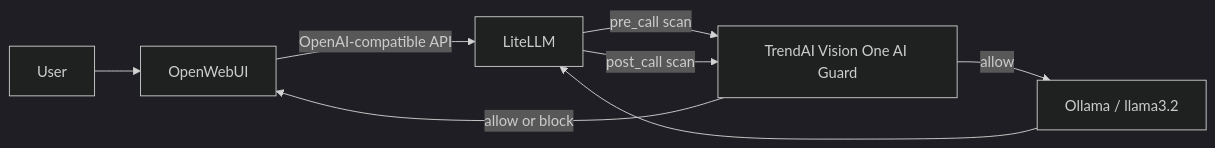
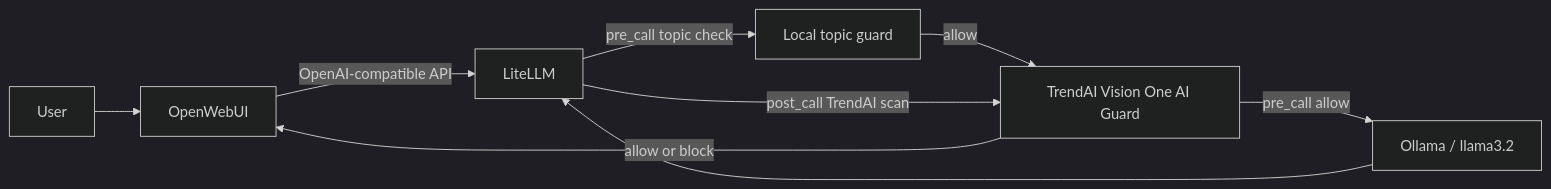
Before and after one commit to trend-stefano-olivieri/open-webui-tm-v1-ai-guard-litellm-plugin: the diagram in README.md, drawn with Mermaid (dark theme). The commit also changed other lines of this file and 16 other files, not shown here.

````diff
--- a/README.md
+++ b/README.md
@@ -11,10 +11,11 @@
 ```mermaid
 flowchart LR
     U[User] --> W[OpenWebUI]
     W -->|OpenAI-compatible API| L[LiteLLM]
-    L -->|pre_call scan| G[TrendAI Vision One AI Guard]
-    G -->|allow| O[Ollama / llama3.2]
+    L -->|pre_call topic check| T[Local topic guard]
+    T -->|allow| G[TrendAI Vision One AI Guard]
+    G -->|pre_call allow| O[Ollama / llama3.2]
     O --> L
-    L -->|post_call scan| G
+    L -->|post_call TrendAI scan| G
     G -->|allow or block| W
 ```
````
